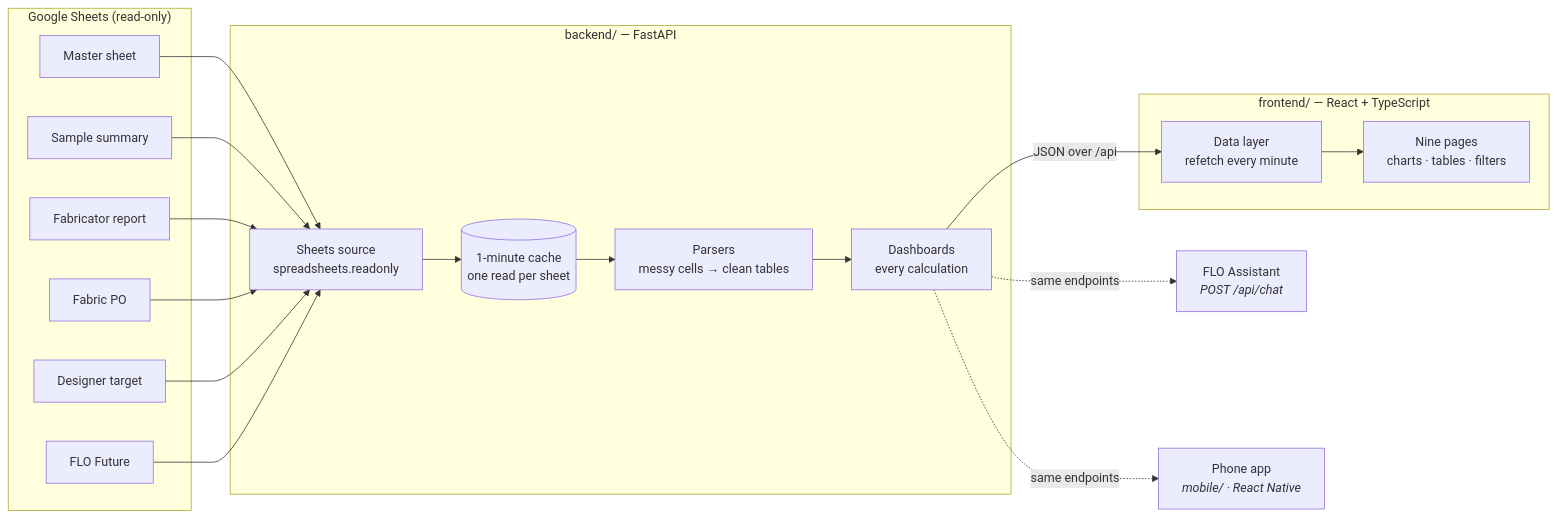
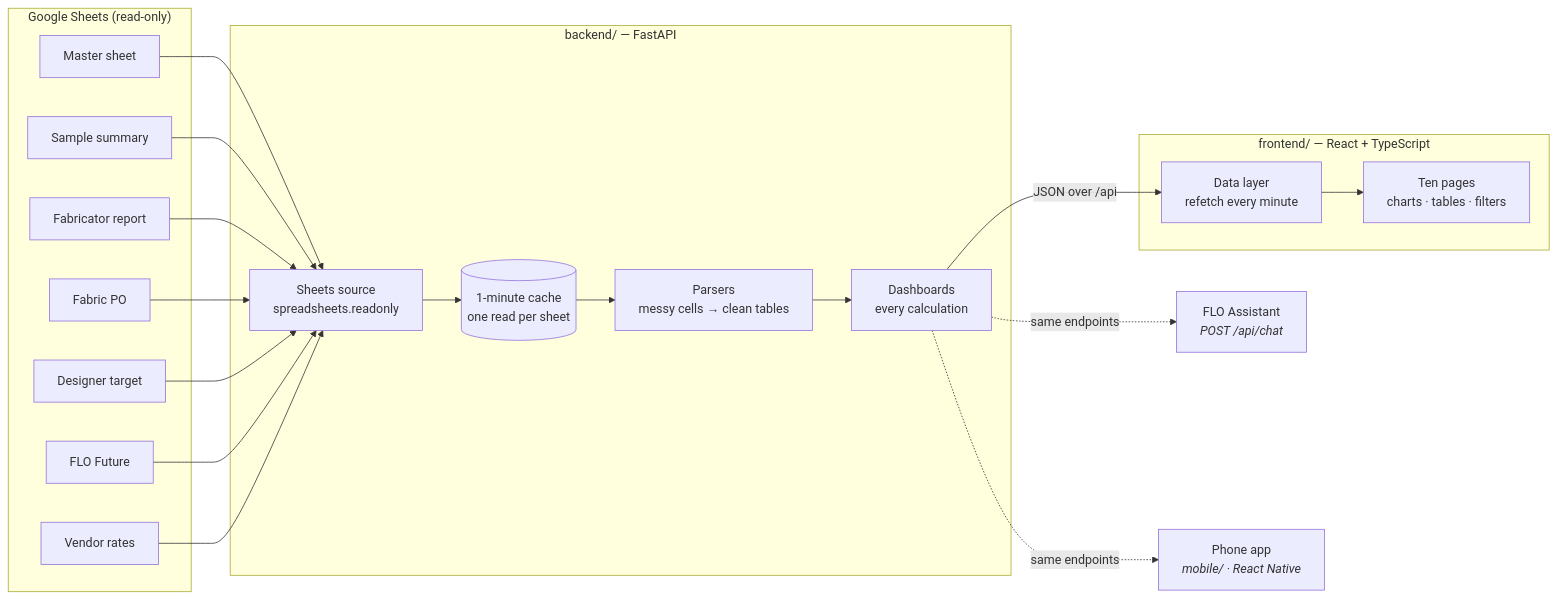
The diagram in README.md (akshatparashar/flo-dashboard), drawn with Mermaid before and after one commit. The commit also changed other lines of this file and 21 other files, not shown here.

First line of the commit message:
Add Vendor Rate page: fabric rates per vendor, with chatbot rate questions

````diff
--- a/README.md
+++ b/README.md
@@ -132,28 +138,29 @@
 ```mermaid
 flowchart LR
     subgraph Google["Google Sheets (read-only)"]
         A[Master sheet]
         B[Sample summary]
         C[Fabricator report]
         D[Fabric PO]
         E[Designer target]
         F[FLO Future]
+        G[Vendor rates]
     end
 
     subgraph API["backend/ — FastAPI"]
         S[Sheets source<br/>spreadsheets.readonly]
         K[(1-minute cache<br/>one read per sheet)]
         P[Parsers<br/>messy cells → clean tables]
         X[Dashboards<br/>every calculation]
     end
 
     subgraph Web["frontend/ — React + TypeScript"]
         Q[Data layer<br/>refetch every minute]
-        U[Nine pages<br/>charts · tables · filters]
+        U[Ten pages<br/>charts · tables · filters]
     end
 
-    A & B & C & D & E & F --> S --> K --> P --> X
+    A & B & C & D & E & F & G --> S --> K --> P --> X
     X -- "JSON over /api" --> Q --> U
     X -. "same endpoints" .-> AI[FLO Assistant<br/><i>POST /api/chat</i>]
     X -. "same endpoints" .-> RN[Phone app<br/><i>mobile/ · React Native</i>]
 ```
````
